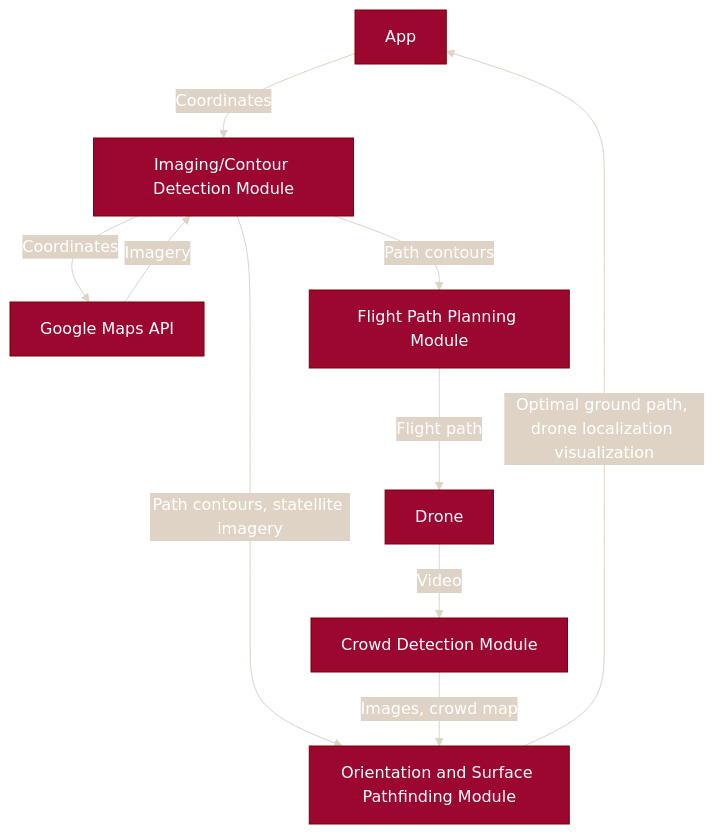
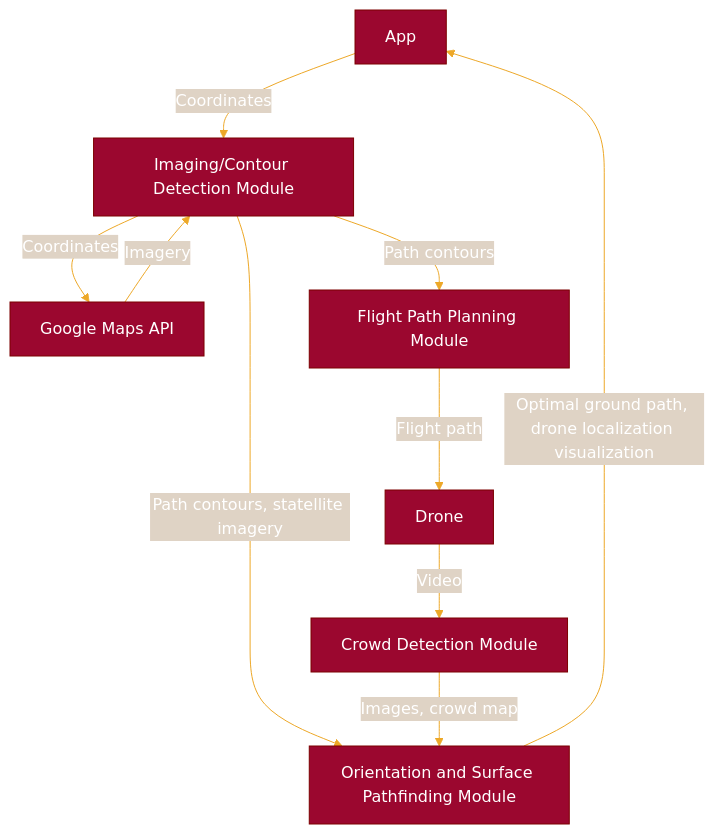
One commit to maximuskiii/TartanHacks2024 changed the diagram in README.md. Above: the diagram before and after it, drawn with Mermaid.

Commit message:
testing themes

````diff
--- a/README.md
+++ b/README.md
@@ -3,25 +3,25 @@
 ```mermaid
 %%{
     init: {
         'theme': 'base',
         'themeVariables': {
             'primaryColor': '#9b072f',
             'primaryTextColor': '#fff',
             'primaryBorderColor': '#7C0000',
-            'lineColor': '#ddd3c7',
+            'lineColor': '#eda828',
             'secondaryColor': '#dfd3c5',
             'tertiaryColor': '#fff'
         }
     }
 }%%
 flowchart TB
     A[App] -->|Coordinates| B[Imaging/Contour Detection Module];
     B -->|Coordinates| C[Google Maps API];
     C -->|Imagery| B
     B -->|Path contours| D[Flight Path Planning Module]
     B -->|Path contours, statellite imagery| E[Orientation and Surface Pathfinding Module]
     D -->|Flight path| F[Drone]
     F -->|Video| G[Crowd Detection Module]
     G -->|Images, crowd map| E
     E -->|Optimal ground path, drone localization visualization| A
 ```
````
